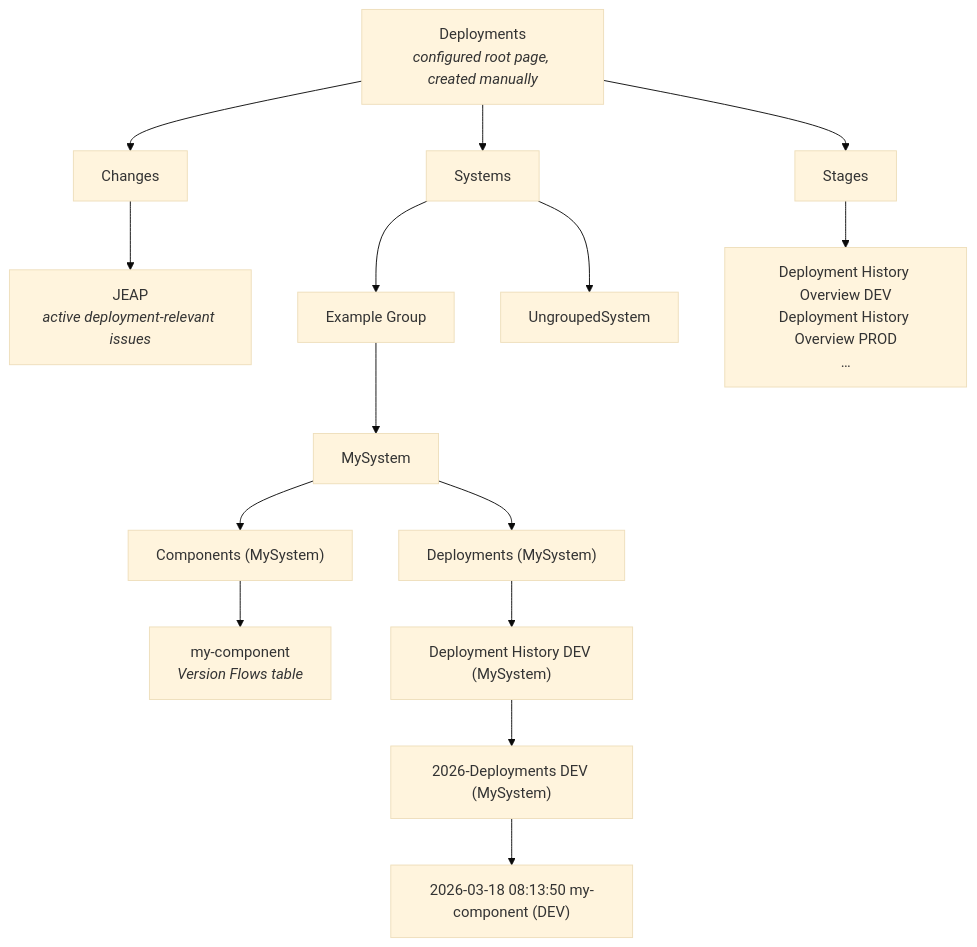
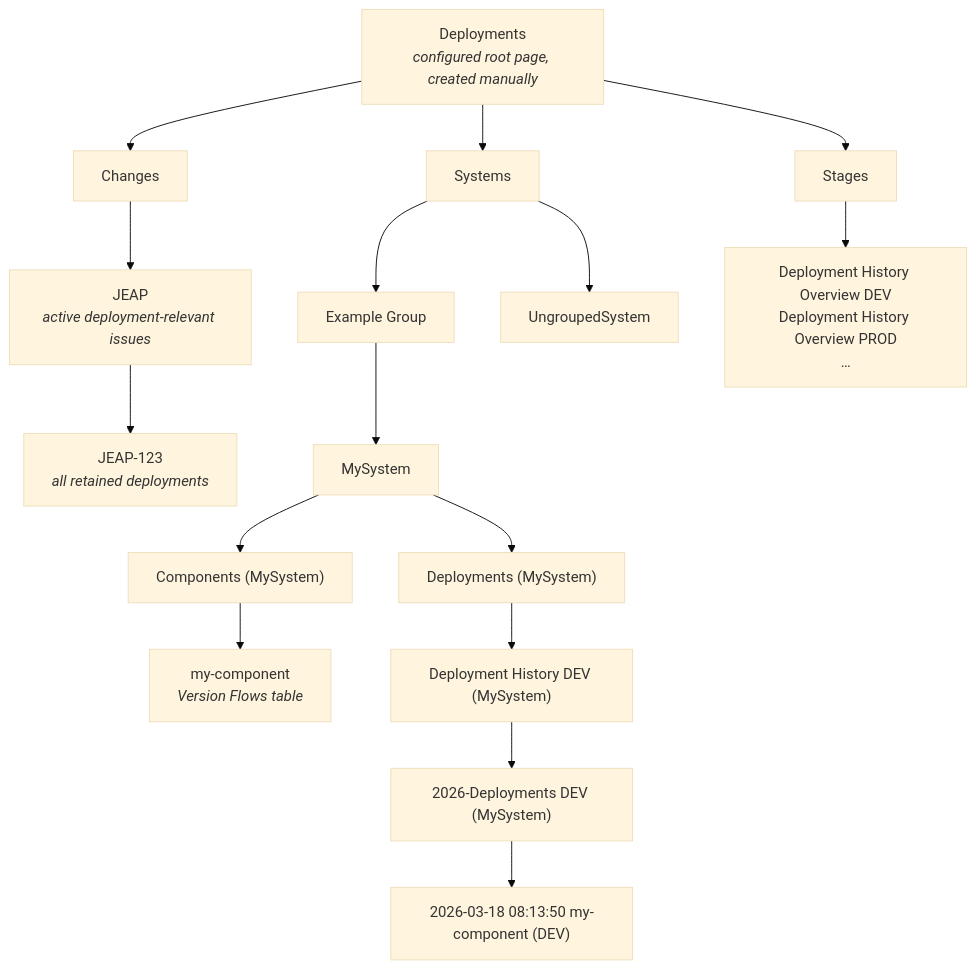
The first of 2 diagrams in docs/documentation-generation.md (jeap-admin-ch/jeap-deploymentlog-service), drawn with Mermaid (base theme) before and after one commit. The commit also changed other lines of this file and 41 other files, not shown here.

Commit message:
JEAP-7362: Enhance Jira issue page generation and update related links

````diff
--- a/docs/documentation-generation.md
+++ b/docs/documentation-generation.md
@@ -9,33 +9,35 @@
 ```mermaid
 flowchart TD
   Root["Deployments<br/><i>configured root page, created manually</i>"]
   Changes["Changes"]
   JiraProject["JEAP<br/><i>active deployment-relevant issues</i>"]
+  JiraIssue["JEAP-123<br/><i>all retained deployments</i>"]
   Systems["Systems"]
   Group["Example Group"]
   Components["Components (MySystem)"]
   Component["my-component<br/><i>Version Flows table</i>"]
   SystemDeployments["Deployments (MySystem)"]
   Stages["Stages"]
   OverviewEnv["Deployment History Overview DEV<br/>Deployment History Overview PROD<br/>…"]
   Sys["MySystem"]
   Ungrouped["UngroupedSystem"]
   Hist["Deployment History DEV (MySystem)"]
   List["2026-Deployments DEV (MySystem)"]
   Letter["2026-03-18 08:13:50 my-component (DEV)"]
 
   Root --> Changes
   Changes --> JiraProject
+  JiraProject --> JiraIssue
   Root --> Systems
   Systems --> Group
   Group --> Sys
   Systems --> Ungrouped
   Sys --> Components
   Components --> Component
   Sys --> SystemDeployments
   SystemDeployments --> Hist
   Root --> Stages
   Stages --> OverviewEnv
   Hist --> List
   List --> Letter
 ```
````
